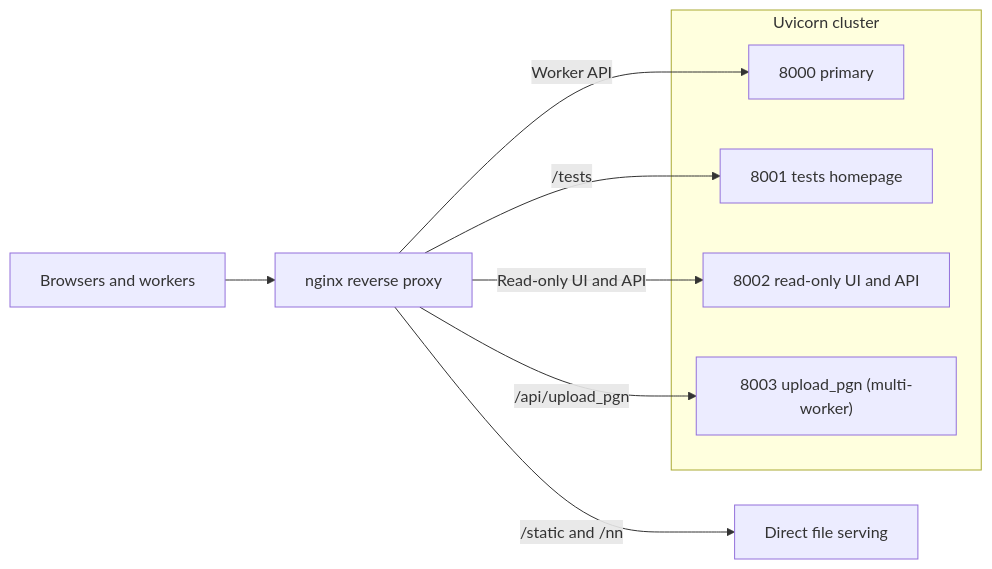
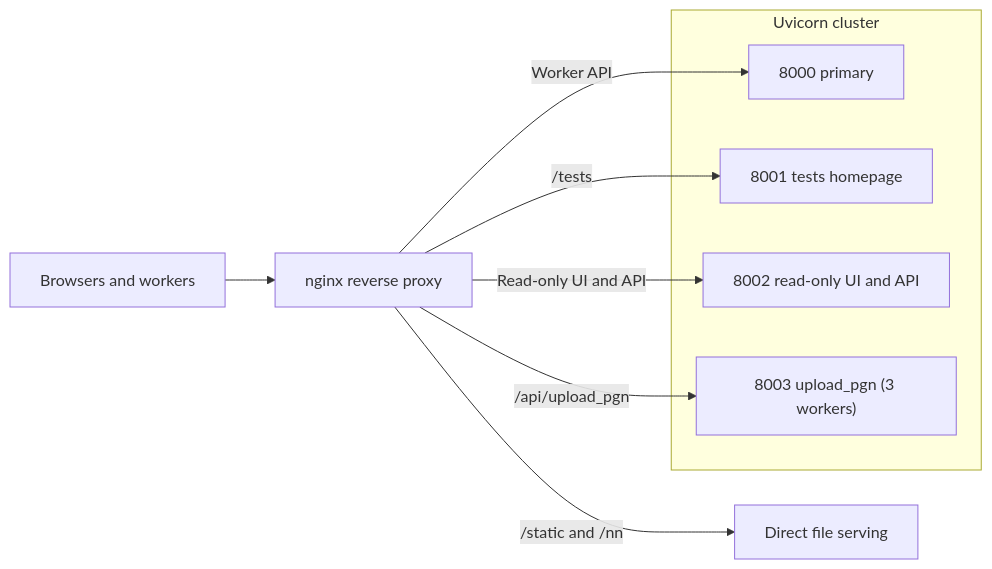
One commit to ppigazzini/fishtest changed the diagram in docs/8-deployment.md. Above: the diagram before and after it, drawn with Mermaid. The commit also changed other lines of this file, not shown here.

````diff
--- a/docs/8-deployment.md
+++ b/docs/8-deployment.md
@@ -102,15 +103,15 @@
 ```mermaid
 flowchart LR
     clients[Browsers and workers] --> nginx[nginx reverse proxy]
     nginx -->|/static and /nn| static[Direct file serving]
     subgraph cluster[Uvicorn cluster]
         primary[8000 primary]
         tests[8001 tests homepage]
         readonly[8002 read-only UI and API]
-        pgn["8003 upload_pgn (multi-worker)"]
+        pgn["8003 upload_pgn (3 workers)"]
     end
     nginx -->|Worker API| primary
     nginx -->|/tests| tests
     nginx -->|Read-only UI and API| readonly
     nginx -->|/api/upload_pgn| pgn
 ```
````
